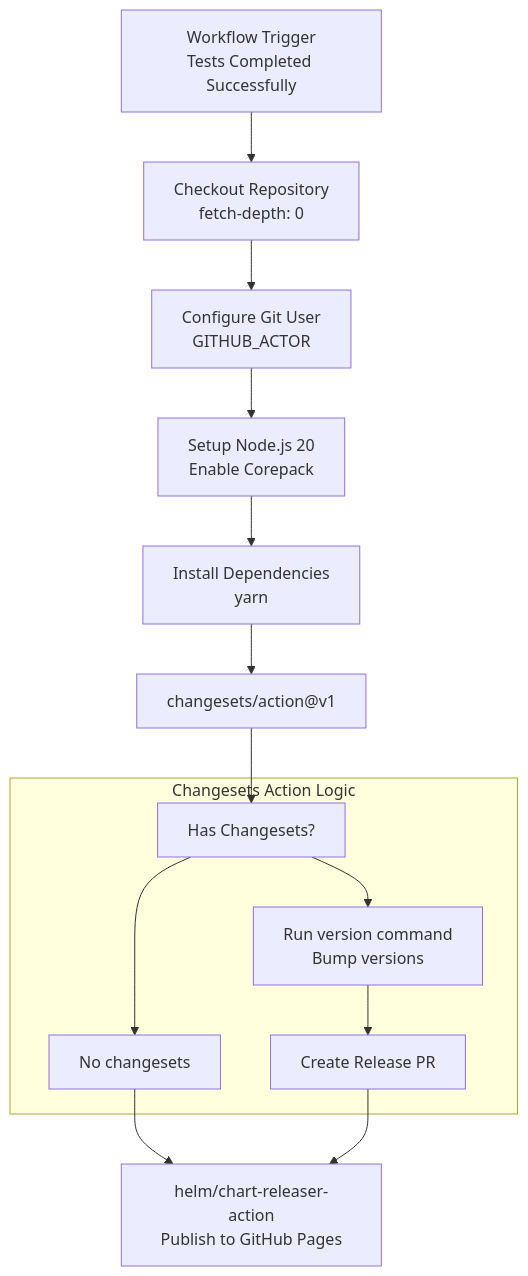
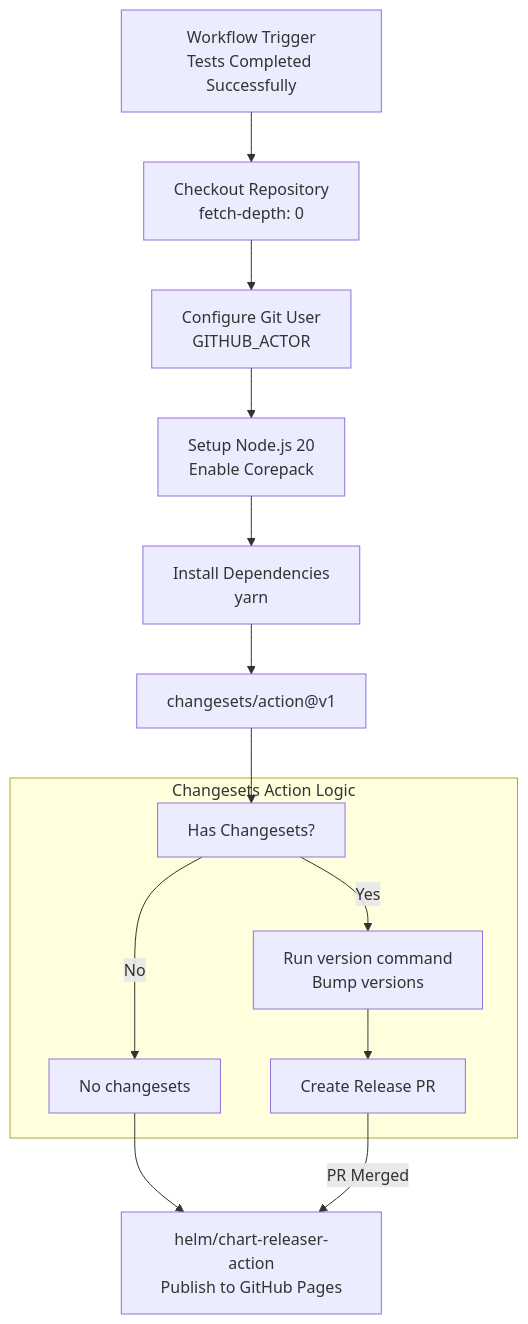
One commit to openchoreo/openchoreo changed the third of 5 diagrams in docs/hyperdxio-helm-charts-docs/Release-Management.md. Above: the diagram before and after it, drawn with Mermaid. The commit also changed other lines of this file and 85 other files, not shown here.

Commit message:
feat: Add new workflow and specification templates, update Helm chart dependencies, and clarify documentation diagrams.

````diff
--- a/docs/hyperdxio-helm-charts-docs/Release-Management.md
+++ b/docs/hyperdxio-helm-charts-docs/Release-Management.md
@@ -170,34 +170,34 @@
 ```mermaid
 flowchart TD
 
 Trigger["Workflow Trigger<br>Tests Completed Successfully"]
 Checkout["Checkout Repository<br>fetch-depth: 0"]
 GitConfig["Configure Git User<br>GITHUB_ACTOR"]
 NodeSetup["Setup Node.js 20<br>Enable Corepack"]
 Install["Install Dependencies<br>yarn"]
 ChangesetsAction["changesets/action@v1"]
 HasCS["Has Changesets?"]
 Version["Run version command<br>Bump versions"]
 CreatePR["Create Release PR"]
 NoCS["No changesets"]
 ChartReleaser["helm/chart-releaser-action<br>Publish to GitHub Pages"]
 
 Trigger --> Checkout
 Checkout --> GitConfig
 GitConfig --> NodeSetup
 NodeSetup --> Install
 Install --> ChangesetsAction
 ChangesetsAction --> HasCS
 NoCS --> ChartReleaser
-CreatePR --> ChartReleaser
+CreatePR -->|"PR Merged"| ChartReleaser
 
 subgraph subGraph0 ["Changesets Action Logic"]
     HasCS
     Version
     CreatePR
     NoCS
-    HasCS --> Version
+    HasCS -->|"Yes"| Version
     Version --> CreatePR
-    HasCS --> NoCS
+    HasCS -->|"No"| NoCS
 end
 ```
````
